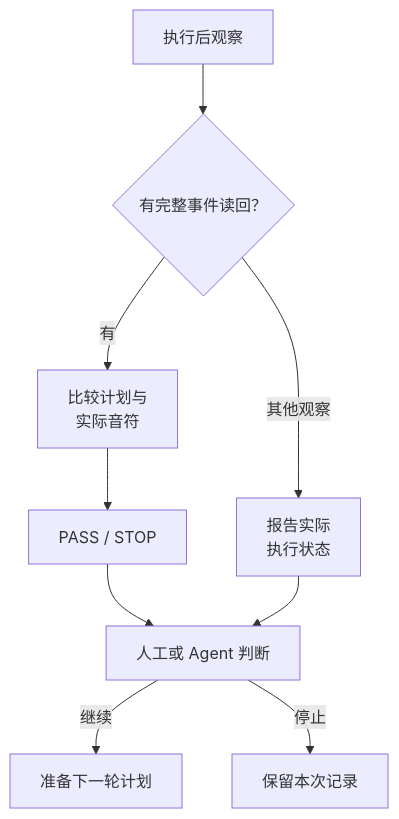
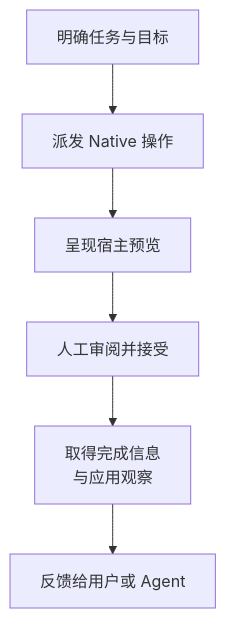
Before and after one commit to ryurikoneko/DAWLoop: the fourth of 5 diagrams in README.md, drawn with Mermaid. The commit also changed other lines of this file and 7 other files, not shown here.

Commit message:
docs(readme): clarify live test scope and simplify narrow-screen diagrams

````diff
--- a/README.md
+++ b/README.md
@@ -127,11 +103,8 @@
 ```mermaid
 flowchart TD
-    A[执行后观察] --> B{有完整事件读回？}
-    B -->|有| C[比较计划与<br/>实际音符]
-    C --> D[PASS / STOP]
-    B -->|其他观察| E[报告实际<br/>执行状态]
-    D --> F[人工或 Agent 判断]
-    E --> F
-    F -->|继续| G[准备下一轮计划]
-    F -->|停止| H[保留本次记录]
+    A[明确任务与目标] --> B[派发 Native 操作]
+    B --> C[呈现宿主预览]
+    C --> D[人工审阅并接受]
+    D --> E[取得完成信息<br/>与应用观察]
+    E --> F[反馈给用户或 Agent]
 ```
````
